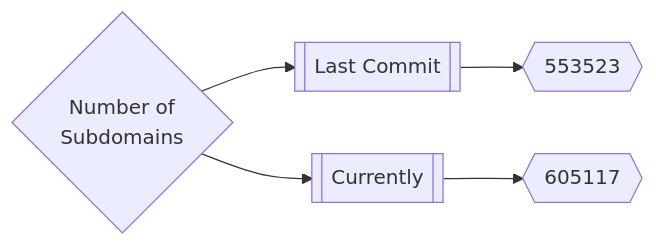
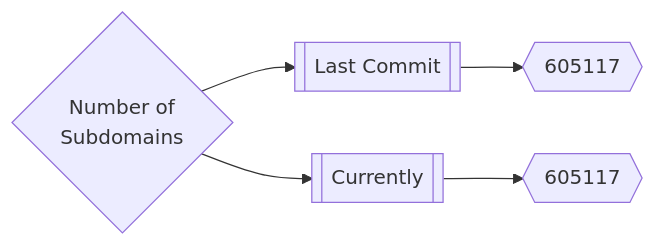
Before and after one commit to trickest/inventory: the first of 3 diagrams in README.md, drawn with Mermaid.

Commit message:
Update Mon Mar 14 07:44:03 UTC 2022

````diff
--- a/README.md
+++ b/README.md
@@ -165,5 +165,5 @@
 ```mermaid
 graph LR
-title{Number of<br>Subdomains} --> subdomainsDate1[[Last Commit]] --> subdomainsNum1{{553523}}
+title{Number of<br>Subdomains} --> subdomainsDate1[[Last Commit]] --> subdomainsNum1{{605117}}
 title --> subdomainsDate2[[Currently]] --> subdomainsNum2{{605117}}
 ```
````
